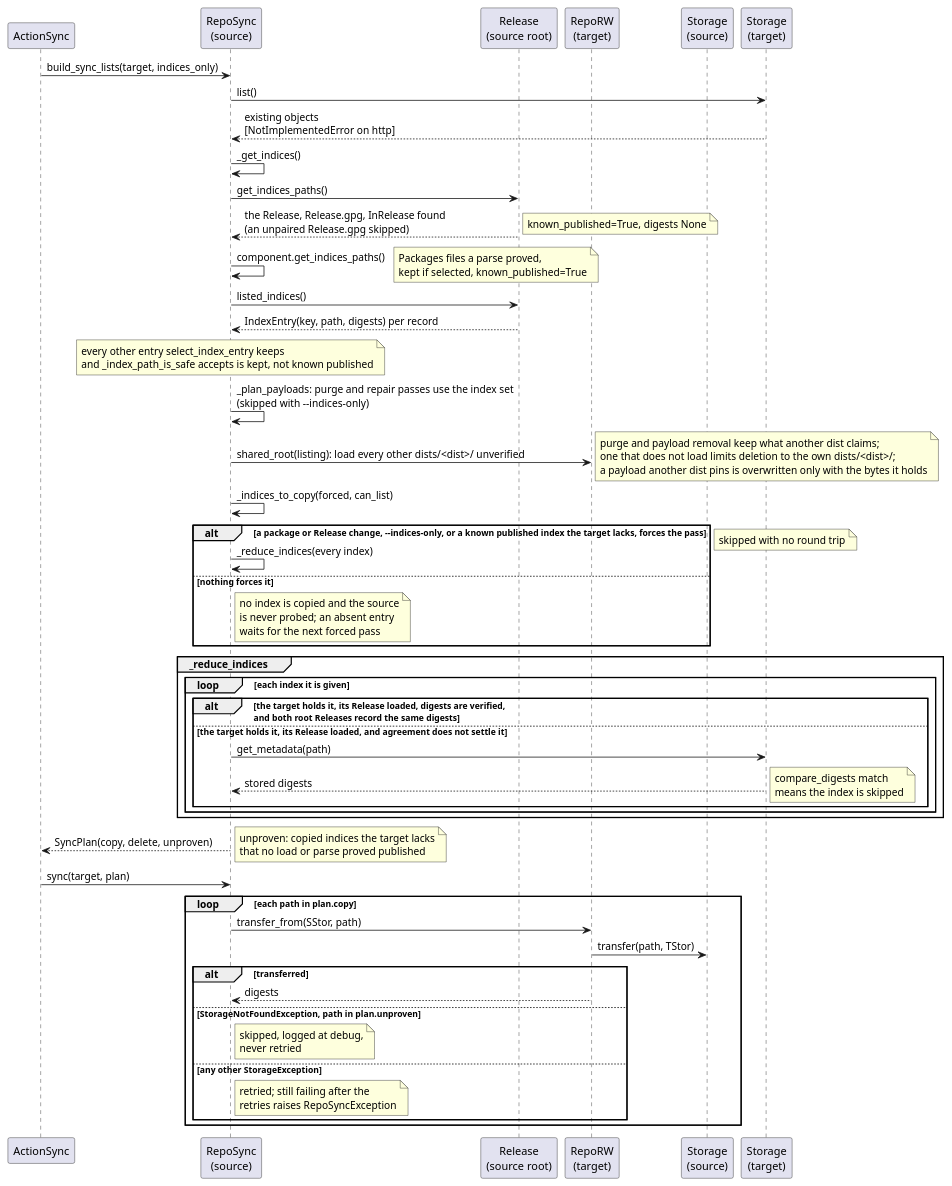
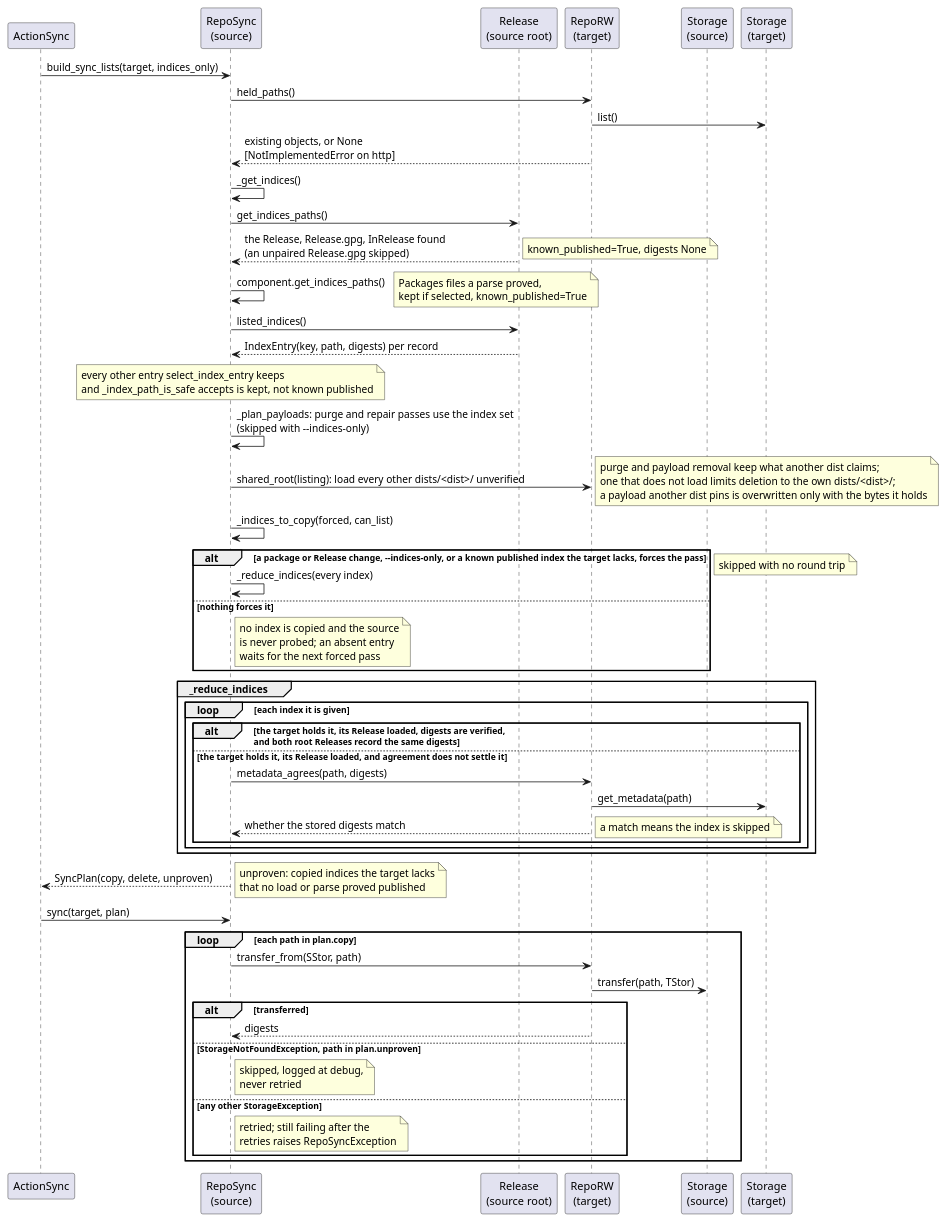
Before and after one commit to vinklat/debkit: the diagram in docs/development/diagrams/repo-sync-indices-sequence.puml, drawn with PlantUML. The commit also changed 7 other files, not shown here.

```diff
--- a/docs/development/diagrams/repo-sync-indices-sequence.puml
+++ b/docs/development/diagrams/repo-sync-indices-sequence.puml
@@ -1,62 +1,64 @@
 @startuml
 participant ActionSync
 participant "RepoSync\n(source)" as Src
 participant "Release\n(source root)" as Rel
 participant "RepoRW\n(target)" as Tgt
 participant "Storage\n(source)" as SStor
 participant "Storage\n(target)" as TStor
 
 ActionSync -> Src: build_sync_lists(target, indices_only)
-Src -> TStor: list()
-TStor --> Src: existing objects\n[NotImplementedError on http]
+Src -> Tgt: held_paths()
+Tgt -> TStor: list()
+Tgt --> Src: existing objects, or None\n[NotImplementedError on http]
 
 Src -> Src: _get_indices()
 Src -> Rel: get_indices_paths()
 Rel --> Src: the Release, Release.gpg, InRelease found\n(an unpaired Release.gpg skipped)
 note right: known_published=True, digests None
 Src -> Src: component.get_indices_paths()
 note right: Packages files a parse proved,\nkept if selected, known_published=True
 Src -> Rel: listed_indices()
 Rel --> Src: IndexEntry(key, path, digests) per record
 
 note over Src: every other entry select_index_entry keeps\nand _index_path_is_safe accepts is kept, not known published
 
 Src -> Src: _plan_payloads: purge and repair passes use the index set\n(skipped with --indices-only)
 Src -> Tgt: shared_root(listing): load every other dists/<dist>/ unverified
 note right: purge and payload removal keep what another dist claims;\none that does not load limits deletion to the own dists/<dist>/;\na payload another dist pins is overwritten only with the bytes it holds
 
 Src -> Src: _indices_to_copy(forced, can_list)
 alt a package or Release change, --indices-only, or a known published index the target lacks, forces the pass
   Src -> Src: _reduce_indices(every index)
 else nothing forces it
   note right of Src: no index is copied and the source\nis never probed; an absent entry\nwaits for the next forced pass
 end
 
 group _reduce_indices
   loop each index it is given
     alt the target holds it, its Release loaded, digests are verified,\nand both root Releases record the same digests
       note right: skipped with no round trip
     else the target holds it, its Release loaded, and agreement does not settle it
-      Src -> TStor: get_metadata(path)
-      TStor --> Src: stored digests
-      note right: compare_digests match\nmeans the index is skipped
+      Src -> Tgt: metadata_agrees(path, digests)
+      Tgt -> TStor: get_metadata(path)
+      Tgt --> Src: whether the stored digests match
+      note right: a match means the index is skipped
     end
   end
 end
 
 Src --> ActionSync: SyncPlan(copy, delete, unproven)
 note right: unproven: copied indices the target lacks\nthat no load or parse proved published
 
 ActionSync -> Src: sync(target, plan)
 loop each path in plan.copy
   Src -> Tgt: transfer_from(SStor, path)
   Tgt -> SStor: transfer(path, TStor)
   alt transferred
     Tgt --> Src: digests
   else StorageNotFoundException, path in plan.unproven
     note right of Src: skipped, logged at debug,\nnever retried
   else any other StorageException
     note right of Src: retried; still failing after the\nretries raises RepoSyncException
   end
 end
 @enduml
```
